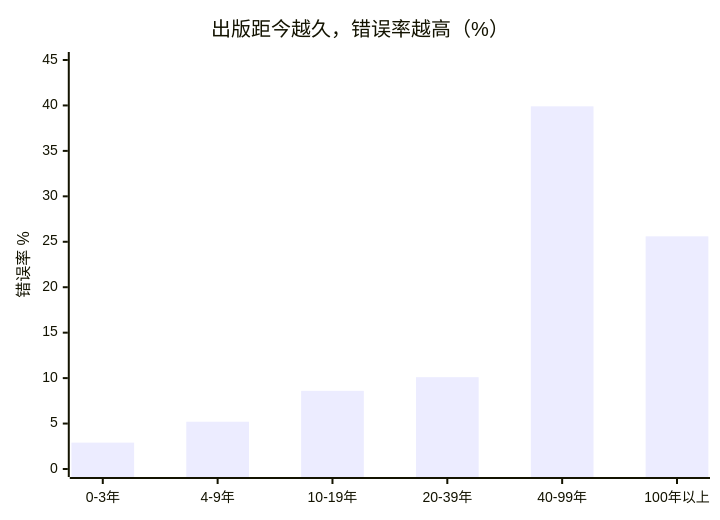
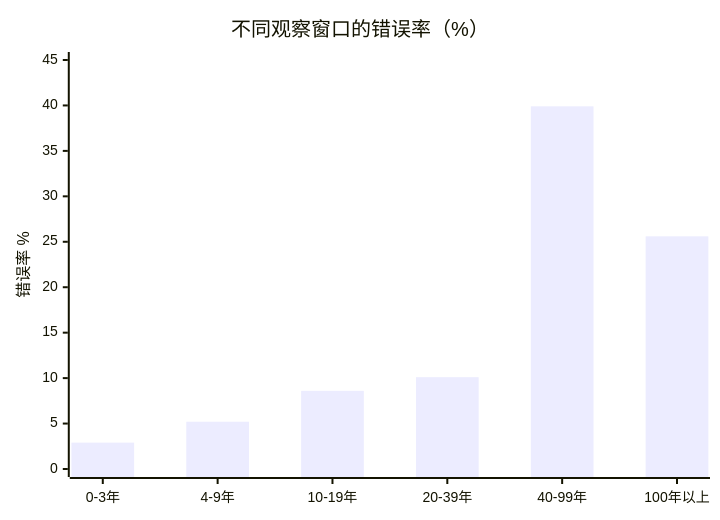
The second of 2 diagrams in docs/00-key-insights.md (nebulonvc/forecast-lab), drawn with Mermaid before and after one commit. The commit also changed other lines of this file and 1 other file, not shown here.

````diff
--- a/docs/00-key-insights.md
+++ b/docs/00-key-insights.md
@@ -67,7 +65,7 @@
 ```mermaid
 xychart-beta
-    title "出版距今越久，错误率越高（%）"
+    title "不同观察窗口的错误率（%）"
     x-axis ["0-3年", "4-9年", "10-19年", "20-39年", "40-99年", "100年以上"]
     y-axis "错误率 %" 0 --> 45
     bar [2.9, 5.2, 8.6, 10.1, 39.9, 25.6]
 ```
````
